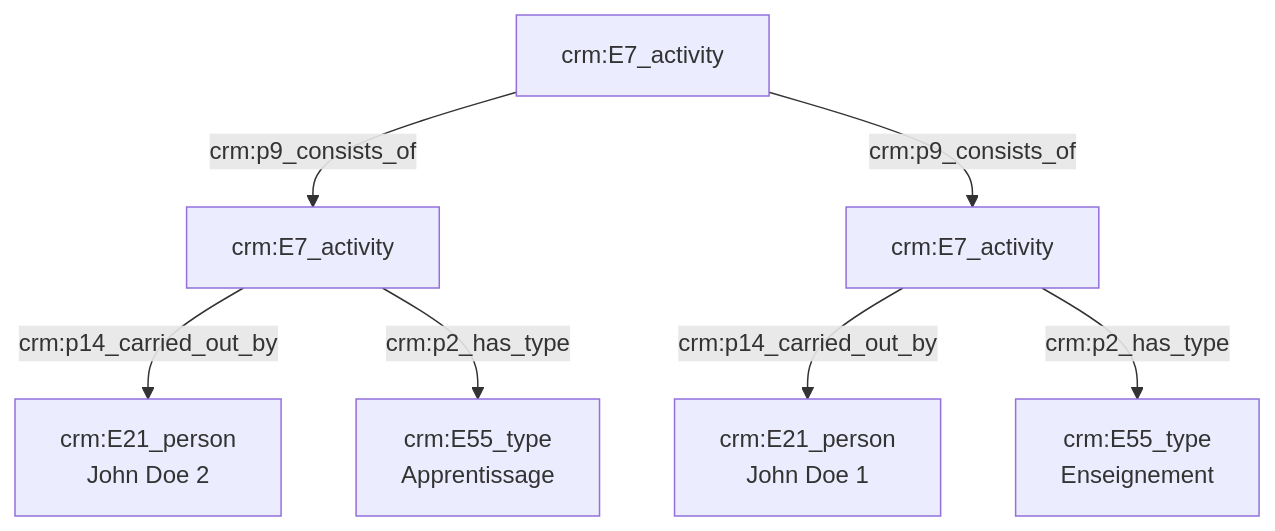
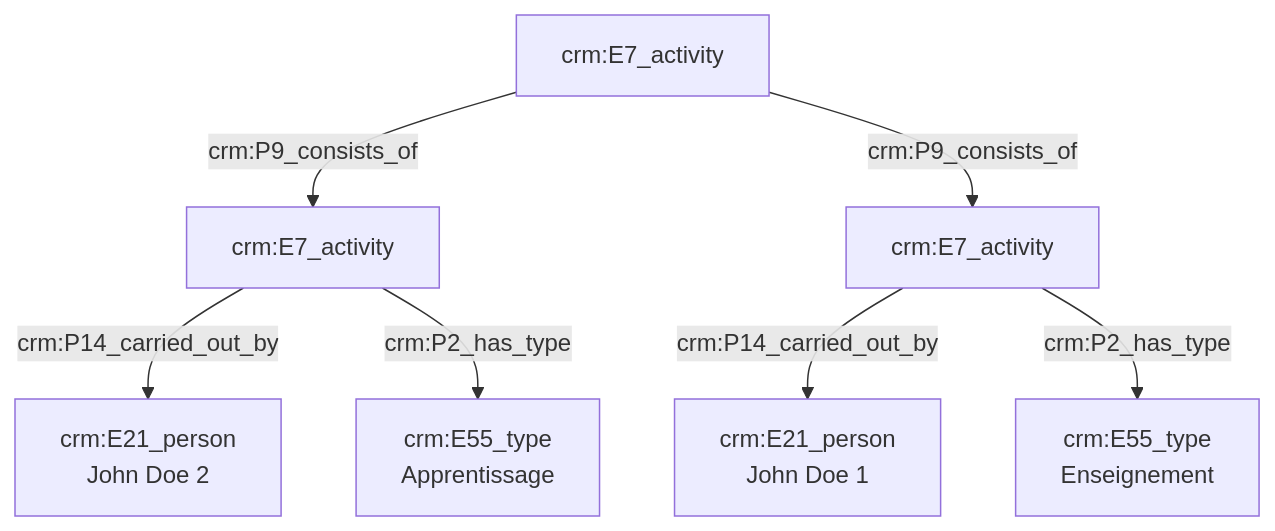
Before and after one commit to Amleth/consortium-musica2-gt2-ontologies: the diagram in modules/livrables/Dossier 2/Prosopographie/relation de maître à élève.md, drawn with Mermaid.

Commit message:
Update relation de maître à élève.md

````diff
--- a/modules/livrables/Dossier 2/Prosopographie/relation de maître à élève.md
+++ b/modules/livrables/Dossier 2/Prosopographie/relation de maître à élève.md
@@ -12,15 +12,15 @@
 ```mermaid
 graph TD;
 
-F[crm:E7_activity] --> |crm:p9_consists_of| D[crm:E7_activity]
-F[crm:E7_activity] --> |crm:p9_consists_of| A[crm:E7_activity]
+F[crm:E7_activity] --> |crm:P9_consists_of| D[crm:E7_activity]
+F[crm:E7_activity] --> |crm:P9_consists_of| A[crm:E7_activity]
 
-A[crm:E7_Activity] --> |crm:p14_carried_out_by| B[crm:E21_person<br>John Doe 1]
-A[crm:E7_activity] --> |crm:p2_has_type| C[crm:E55_type<br>Enseignement]
+A[crm:E7_Activity] --> |crm:P14_carried_out_by| B[crm:E21_person<br>John Doe 1]
+A[crm:E7_activity] --> |crm:P2_has_type| C[crm:E55_type<br>Enseignement]
 
-D[crm:E7_Activity] --> |crm:p14_carried_out_by| E[crm:E21_person<br>John Doe 2]
-D[crm:E7_activity] --> |crm:p2_has_type| G[crm:E55_type<br>Apprentissage]
+D[crm:E7_Activity] --> |crm:P14_carried_out_by| E[crm:E21_person<br>John Doe 2]
+D[crm:E7_activity] --> |crm:P2_has_type| G[crm:E55_type<br>Apprentissage]
 
 
 
 ```
````
